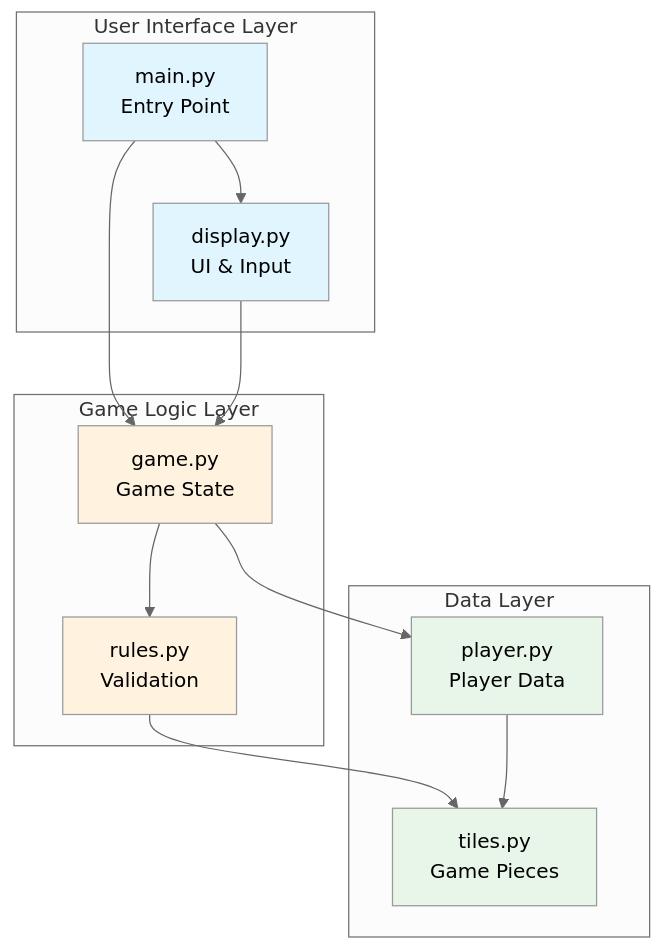
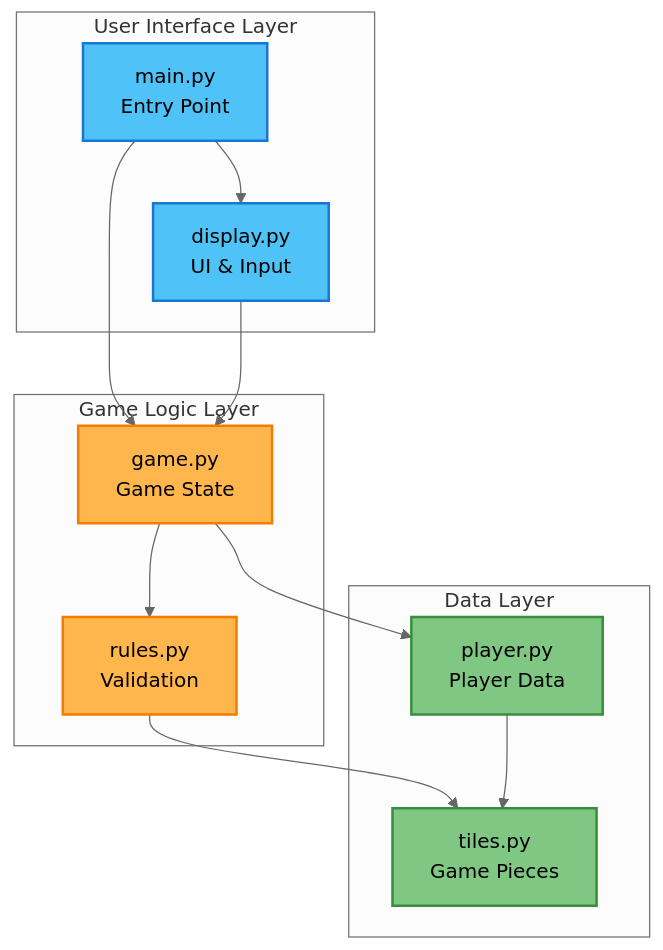
One commit to stevenfazzio/educational-rummikub changed the diagram in docs/understanding-the-code/overview.md. Above: the diagram before and after it, drawn with Mermaid (neutral theme). The commit also changed 2 other files, not shown here.

Commit message:
Improve Mermaid diagram colors for better readability
Updated color schemes in three documentation files:
- overview.md: System Architecture diagram
- project-structure.md: File Dependencies diagram
- implementation.md: Validation flowchart

Changes:
- Added darker borders and stroke-width for better definition
- Used more saturated colors with better contrast
- Ensured white text on dark backgrounds, black on light
- Consistent color coding across diagrams (green for data, blue for UI, etc.)

````diff
--- a/docs/understanding-the-code/overview.md
+++ b/docs/understanding-the-code/overview.md
@@ -21,32 +21,32 @@
 ```mermaid
 graph TB
     subgraph "User Interface Layer"
         A[main.py<br/>Entry Point] 
         B[display.py<br/>UI & Input]
     end
     
     subgraph "Game Logic Layer"
         C[game.py<br/>Game State]
         D[rules.py<br/>Validation]
     end
     
     subgraph "Data Layer"
         E[player.py<br/>Player Data]
         F[tiles.py<br/>Game Pieces]
     end
     
     A --> B
     A --> C
     B --> C
     C --> D
     C --> E
     D --> F
     E --> F
     
-    style A fill:#e1f5fe
-    style B fill:#e1f5fe
-    style C fill:#fff3e0
-    style D fill:#fff3e0
-    style E fill:#e8f5e9
-    style F fill:#e8f5e9
+    style A fill:#4FC3F7,stroke:#1976D2,stroke-width:2px,color:#000
+    style B fill:#4FC3F7,stroke:#1976D2,stroke-width:2px,color:#000
+    style C fill:#FFB74D,stroke:#F57C00,stroke-width:2px,color:#000
+    style D fill:#FFB74D,stroke:#F57C00,stroke-width:2px,color:#000
+    style E fill:#81C784,stroke:#388E3C,stroke-width:2px,color:#000
+    style F fill:#81C784,stroke:#388E3C,stroke-width:2px,color:#000
 ```
````
